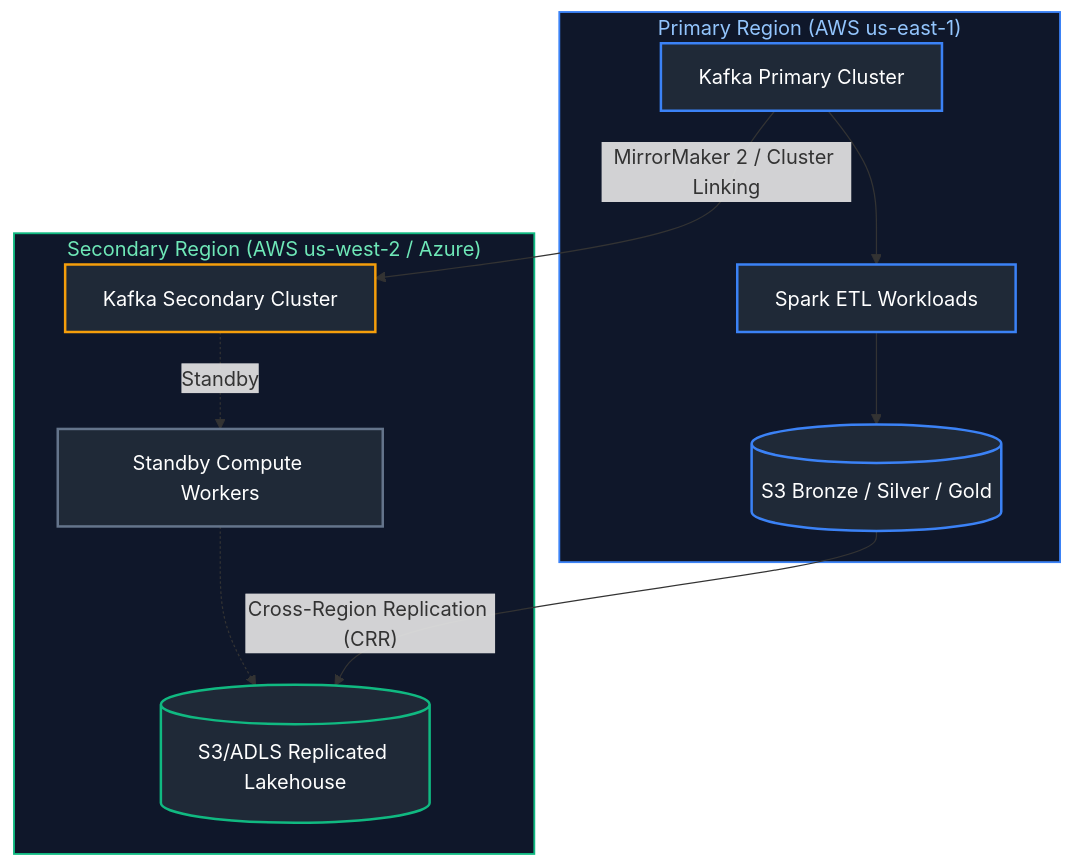
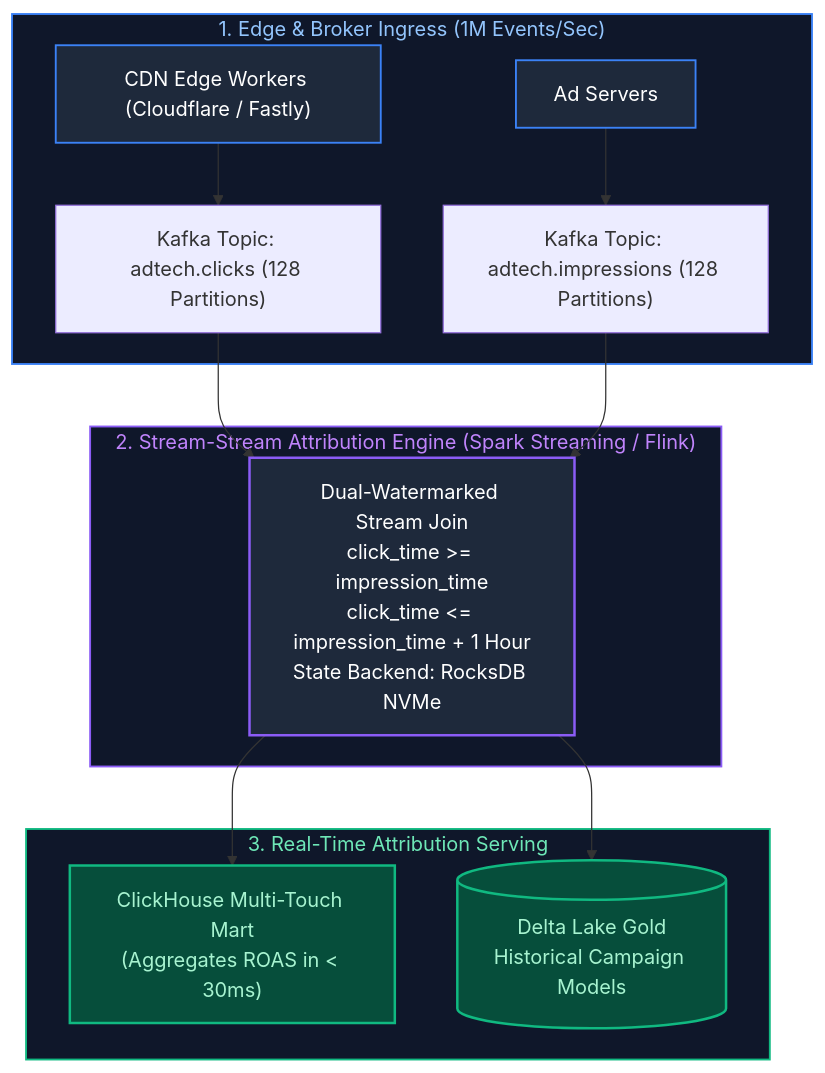
One commit to joydeep-biswas/Interview-Preparation changed the ninth of 12 diagrams in Data Engineering/15_system_design_for_data_engineering.md. Above: the diagram before and after it, drawn with Mermaid. The commit also changed other lines of this file and 143 other files, not shown here.

````diff
--- a/Data Engineering/15_system_design_for_data_engineering.md
+++ b/Data Engineering/15_system_design_for_data_engineering.md
@@ -685,31 +706,30 @@
 ```mermaid
 flowchart TD
-    subgraph PrimaryRegion ["Primary Region (AWS us-east-1)"]
-        KafkaProd[Kafka Primary Cluster]
-        SparkProd[Spark ETL Workloads]
-        StorageProd[(S3 Bronze / Silver / Gold)]
-        
-        KafkaProd --> SparkProd --> StorageProd
+    subgraph ClickstreamIngress ["1. Edge & Broker Ingress (1M Events/Sec)"]
+        Webhooks["CDN Edge Workers (Cloudflare / Fastly)"] --> KafkaClicks["Kafka Topic: adtech.clicks (128 Partitions)"]
+        Impressions["Ad Servers"] --> KafkaImp["Kafka Topic: adtech.impressions (128 Partitions)"]
     end
 
-    subgraph SecondaryRegion ["Secondary Region (AWS us-west-2 / Azure)"]
-        KafkaReplica[Kafka Secondary Cluster]
-        SparkStandby[Standby Compute Workers]
-        StorageReplica[(S3/ADLS Replicated Lakehouse)]
-
-        KafkaReplica -. Standby .-> SparkStandby
-        SparkStandby -.-> StorageReplica
+    subgraph StreamAttribution ["2. Stream-Stream Attribution Engine (Spark Streaming / Flink)"]
+        JoinEngine["Dual-Watermarked Stream Join<br/>click_time >= impression_time<br/>click_time <= impression_time + 1 Hour<br/>State Backend: RocksDB NVMe"]
     end
 
-    KafkaProd -->|"MirrorMaker 2 / Cluster Linking"| KafkaReplica
-    StorageProd -->|"Cross-Region Replication (CRR)"| StorageReplica
+    subgraph ServingMarts ["3. Real-Time Attribution Serving"]
+        ClickHouse["ClickHouse Multi-Touch Mart<br/>(Aggregates ROAS in < 30ms)"]
+        DeltaAttribution[("Delta Lake Gold<br/>Historical Campaign Models")]
+    end
 
-    style PrimaryRegion fill:#0f172a,stroke:#3b82f6,stroke-width:1.5px,color:#93c5fd
-    style SecondaryRegion fill:#0f172a,stroke:#10b981,stroke-width:1.5px,color:#6ee7b7
-    style KafkaProd fill:#1f2937,stroke:#3b82f6,stroke-width:2px,color:#fff
-    style SparkProd fill:#1f2937,stroke:#3b82f6,stroke-width:2px,color:#fff
-    style StorageProd fill:#1f2937,stroke:#3b82f6,stroke-width:2px,color:#fff
-    style KafkaReplica fill:#1f2937,stroke:#f59e0b,stroke-width:2px,color:#fff
-    style SparkStandby fill:#1f2937,stroke:#64748b,stroke-width:2px,color:#fff
-    style StorageReplica fill:#1f2937,stroke:#10b981,stroke-width:2px,color:#fff
+    KafkaClicks --> JoinEngine
+    KafkaImp --> JoinEngine
+    JoinEngine --> ClickHouse
+    JoinEngine --> DeltaAttribution
+
+    style ClickstreamIngress fill:#0f172a,stroke:#3b82f6,stroke-width:1.5px,color:#93c5fd
+    style StreamAttribution fill:#0f172a,stroke:#8b5cf6,stroke-width:1.5px,color:#c084fc
+    style ServingMarts fill:#0f172a,stroke:#10b981,stroke-width:1.5px,color:#6ee7b7
+    style Webhooks fill:#1e293b,stroke:#3b82f6,stroke-width:1.5px,color:#fff
+    style Impressions fill:#1e293b,stroke:#3b82f6,stroke-width:1.5px,color:#fff
+    style JoinEngine fill:#1e293b,stroke:#8b5cf6,stroke-width:2px,color:#fff
+    style ClickHouse fill:#064e3b,stroke:#10b981,stroke-width:2px,color:#a7f3d0
+    style DeltaAttribution fill:#064e3b,stroke:#10b981,stroke-width:2px,color:#a7f3d0
 ```
````
